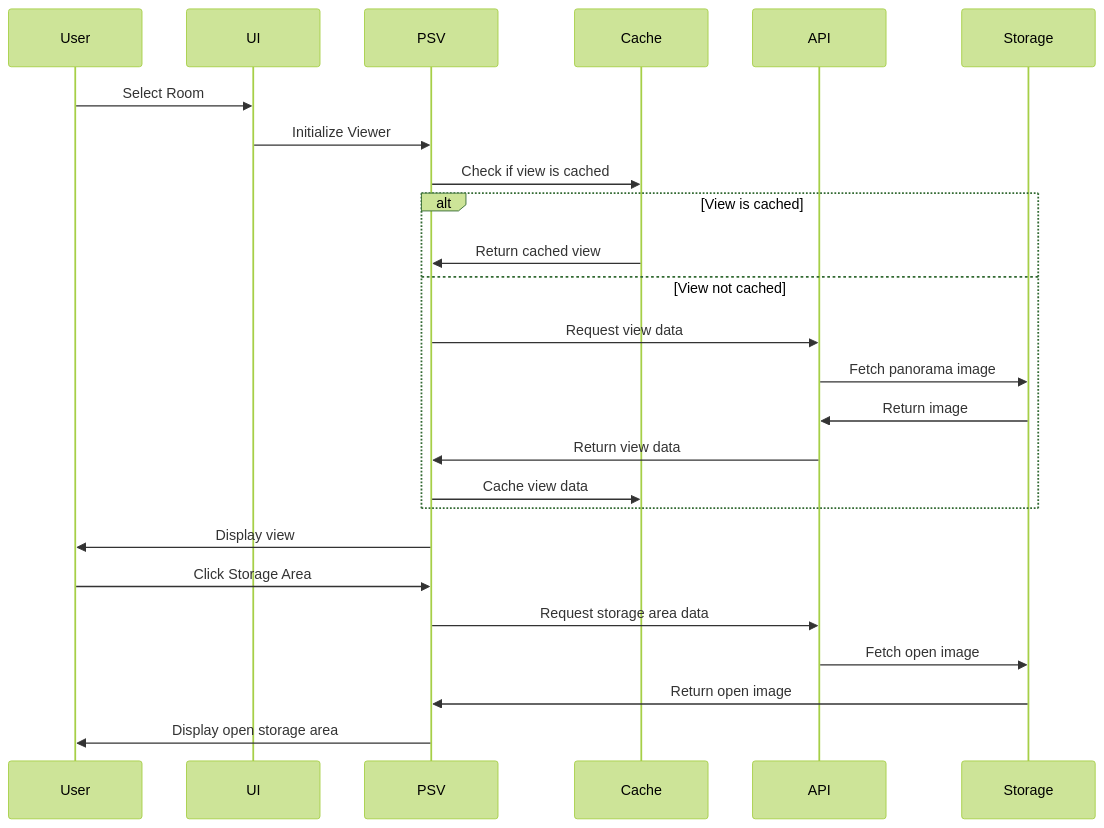
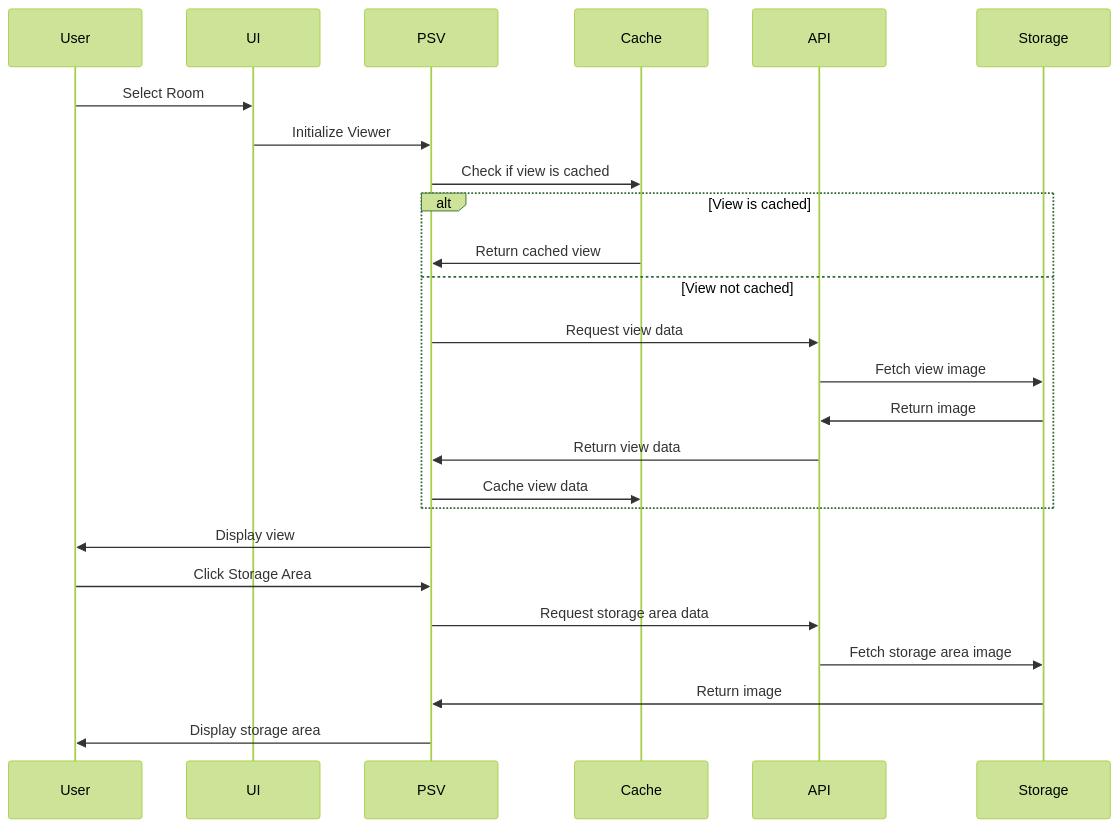
The third of 11 diagrams in docs/ARCHITECTURE.md (straiforos/kitchen-360), drawn with Mermaid (forest theme) before and after one commit. The commit also changed other lines of this file, not shown here.

First line of the commit message:
Enhance architecture documentation with new ImageUrlMixin and Position classes

````diff
--- a/docs/ARCHITECTURE.md
+++ b/docs/ARCHITECTURE.md
@@ -151,29 +155,29 @@
 ```mermaid
 sequenceDiagram
     participant User
     participant UI
     participant PSV
     participant Cache
     participant API
     participant Storage
 
     User->>UI: Select Room
     UI->>PSV: Initialize Viewer
     PSV->>Cache: Check if view is cached
     alt View is cached
         Cache->>PSV: Return cached view
     else View not cached
         PSV->>API: Request view data
-        API->>Storage: Fetch panorama image
+        API->>Storage: Fetch view image
         Storage->>API: Return image
         API->>PSV: Return view data
         PSV->>Cache: Cache view data
     end
     PSV->>User: Display view
     
     User->>PSV: Click Storage Area
     PSV->>API: Request storage area data
-    API->>Storage: Fetch open image
-    Storage->>PSV: Return open image
-    PSV->>User: Display open storage area
+    API->>Storage: Fetch storage area image
+    Storage->>PSV: Return image
+    PSV->>User: Display storage area
 ```
````
